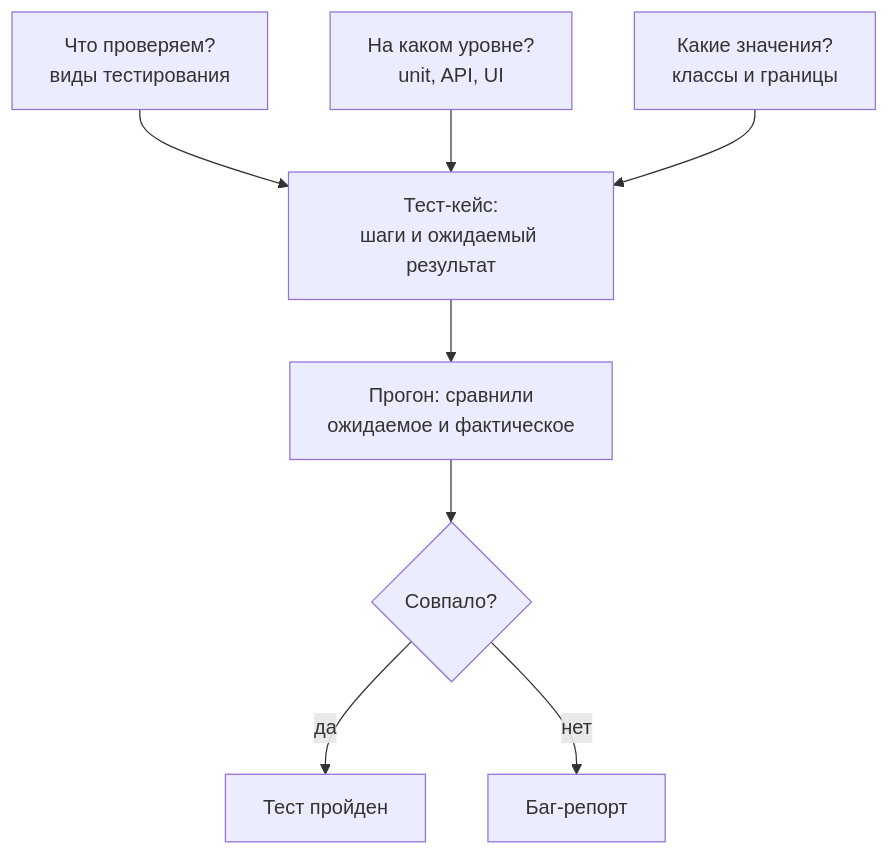
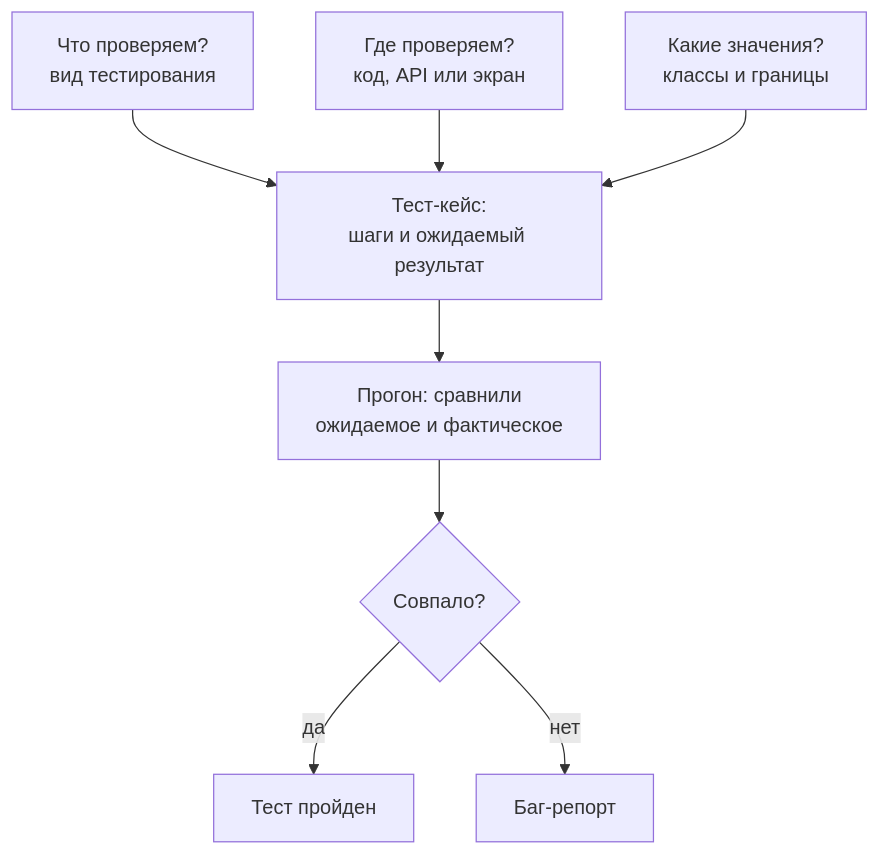
The first of 3 diagrams in 06-api-testing/01-testing-basics.md (distinguished-sre/load-tester), drawn with Mermaid before and after one commit. The commit also changed other lines of this file and 3 other files, not shown here.

````diff
--- a/06-api-testing/01-testing-basics.md
+++ b/06-api-testing/01-testing-basics.md
@@ -31,10 +35,10 @@
 ```mermaid
 flowchart TD
-    A["Что проверяем?<br>виды тестирования"] --> D["Тест-кейс:<br>шаги и ожидаемый результат"]
-    B["На каком уровне?<br>unit, API, UI"] --> D
+    A["Что проверяем?<br>вид тестирования"] --> D["Тест-кейс:<br>шаги и ожидаемый результат"]
+    B["Где проверяем?<br>код, API или экран"] --> D
     C["Какие значения?<br>классы и границы"] --> D
     D --> E["Прогон: сравнили<br>ожидаемое и фактическое"]
     E --> F{"Совпало?"}
     F -->|да| G["Тест пройден"]
     F -->|нет| H["Баг-репорт"]
 ```
````
